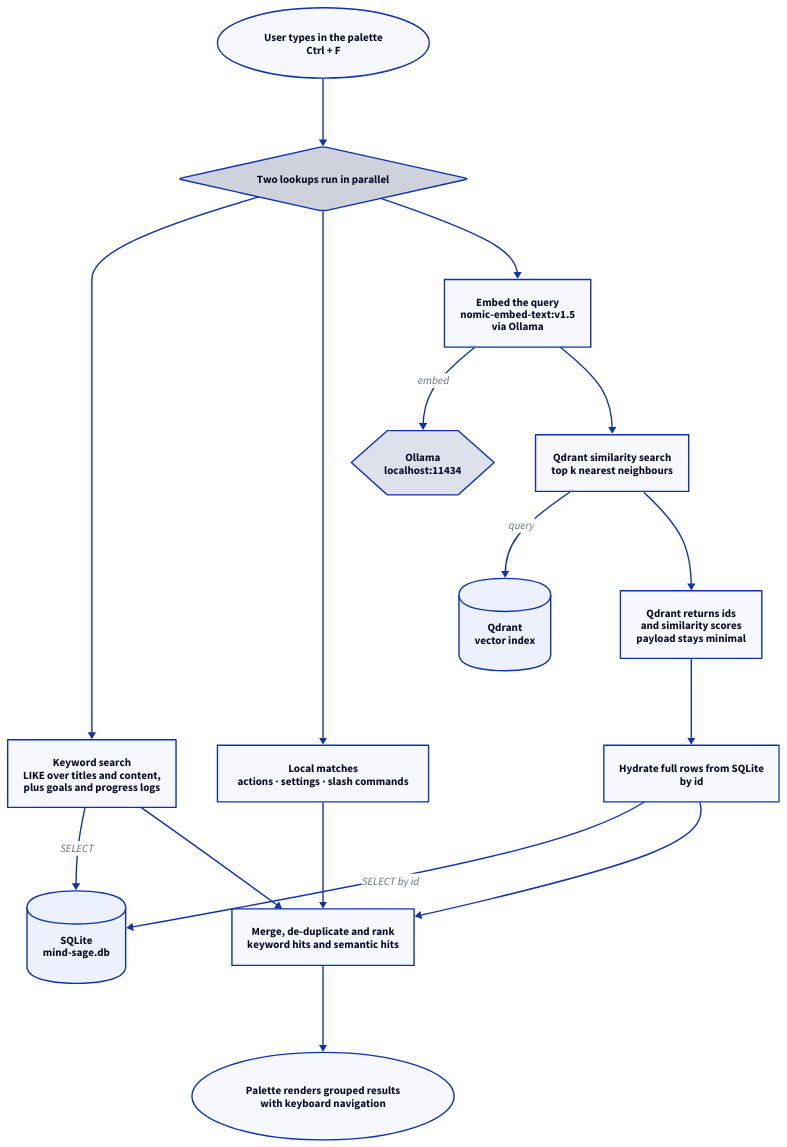
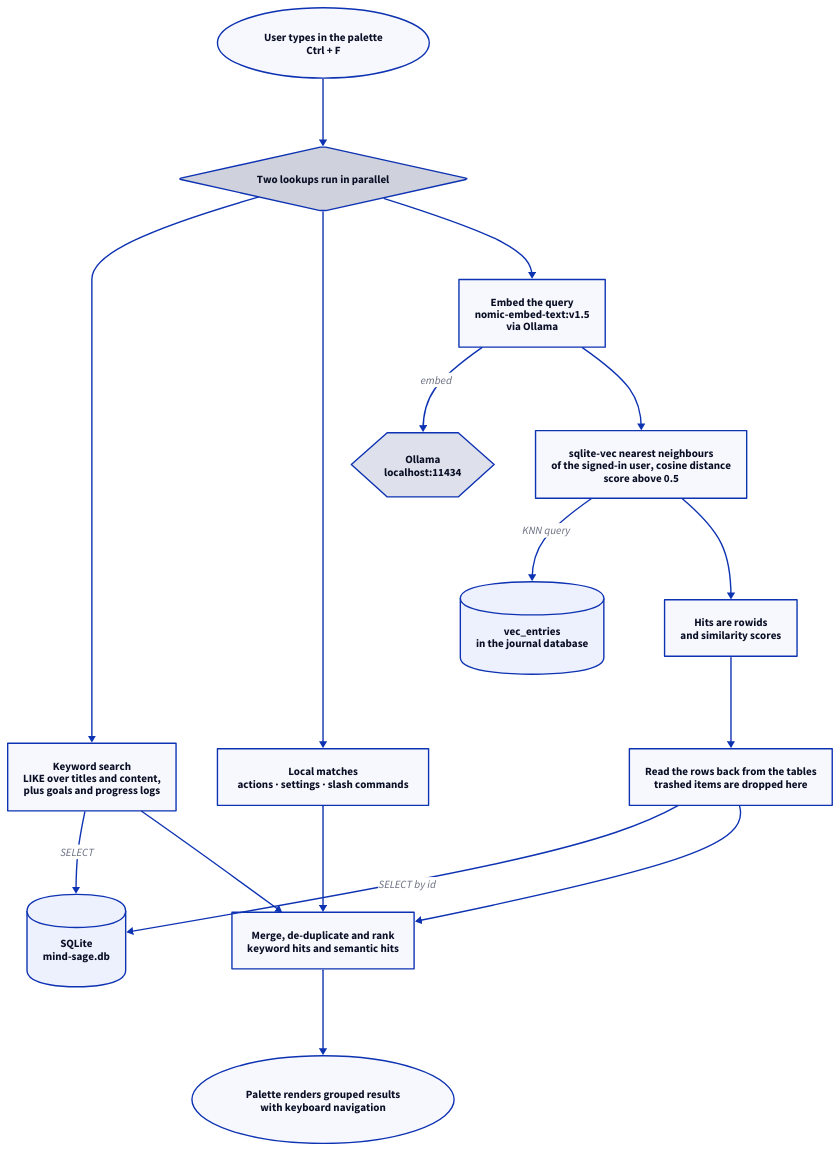
Before and after one commit to Arinaymaybhaskar/MindSage_desktop_app: the diagram in assets/diagrams/src/semantic-search.d2, drawn with D2. The commit also changed 37 other files, not shown here.

First line of the commit message:
chore(search): remove Qdrant leftovers from the UI, diagrams and README

```diff
--- a/assets/diagrams/src/semantic-search.d2
+++ b/assets/diagrams/src/semantic-search.d2
@@ -1,79 +1,79 @@
 # Global search: keyword and semantic search running side by side.
-# Derived from src/components/GlobalSearch.tsx, electron/methods/qdrant.js
-# and electron/methods/ollama.js.
+# Derived from src/components/GlobalSearch.tsx, electron/methods/search.js
+# and electron/db/searchIndex.js.
 
 direction: down
 
 query: "User types in the palette\nCtrl + F" {
   shape: oval
   style.stroke-width: 2
 }
 
 split: "Two lookups run in parallel" {
   shape: diamond
   style.stroke-width: 2
 }
 
 keyword: "Keyword search\nLIKE over titles and content,\nplus goals and progress logs" {
   style.stroke-width: 2
 }
 
 local: "Local matches\nactions · settings · slash commands" {
   style.stroke-width: 2
 }
 
 embed: "Embed the query\nnomic-embed-text:v1.5\nvia Ollama" {
   style.stroke-width: 2
 }
 
 ollama: "Ollama\nlocalhost:11434" {
   shape: hexagon
   style.stroke-width: 2
 }
 
-search: "Qdrant similarity search\ntop k nearest neighbours" {
+search: "sqlite-vec nearest neighbours\nof the signed-in user, cosine distance\nscore above 0.5" {
   style.stroke-width: 2
 }
 
-qdrant: "Qdrant\nvector index" {
+vectors: "vec_entries\nin the journal database" {
   shape: cylinder
   style.stroke-width: 2
 }
 
-ids: "Qdrant returns ids\nand similarity scores\npayload stays minimal" {
+ids: "Hits are rowids\nand similarity scores" {
   style.stroke-width: 2
 }
 
-hydrate: "Hydrate full rows from SQLite\nby id" {
+hydrate: "Read the rows back from the tables\ntrashed items are dropped here" {
   style.stroke-width: 2
 }
 
 sqlite: "SQLite\nmind-sage.db" {
   shape: cylinder
   style.stroke-width: 2
 }
 
 merge: "Merge, de-duplicate and rank\nkeyword hits and semantic hits" {
   style.stroke-width: 2
 }
 
 render: "Palette renders grouped results\nwith keyboard navigation" {
   shape: oval
   style.stroke-width: 2
 }
 
 query -> split
 split -> keyword
 split -> local
 split -> embed
 embed -> ollama: "embed"
 embed -> search
-search -> qdrant: "query"
+search -> vectors: "KNN query"
 search -> ids
 ids -> hydrate
 hydrate -> sqlite: "SELECT by id"
 keyword -> sqlite: "SELECT"
 keyword -> merge
 local -> merge
 hydrate -> merge
 merge -> render
```
